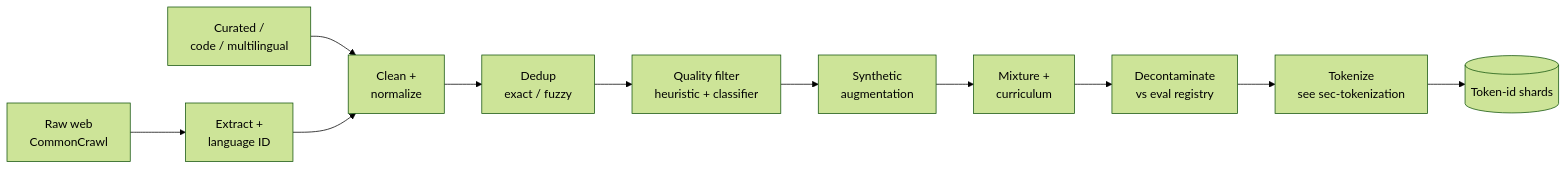
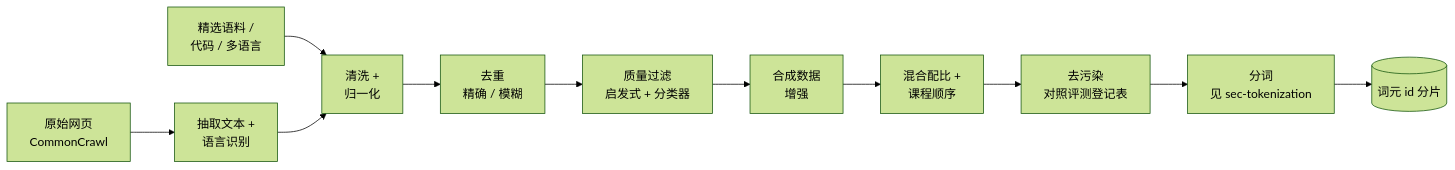
The first of 3 diagrams in zh/foundations/02-data-curation.qmd (latere-ai/ai-as-an-infrastructure), drawn with Mermaid (forest theme) before and after one commit. The commit also changed other lines of this file and 273 other files, not shown here.

Commit message:
docs: localize Chinese diagrams

````diff
--- a/zh/foundations/02-data-curation.qmd
+++ b/zh/foundations/02-data-curation.qmd
@@ -19,15 +19,15 @@
 ```{mermaid}
 %%| label: fig-data-curation-pipeline
 %%| fig-cap: "筛选流水线是一连串逐级收窄的过滤器，最廉价的削减最先进行，最终落到词元 id 分片。每一阶段都是一次可审计的交接。"
 flowchart LR
-  A["Raw web<br/>CommonCrawl"] --> B["Extract +<br/>language ID"]
-  C["Curated /<br/>code / multilingual"] --> D["Clean +<br/>normalize"]
+  A["原始网页<br/>CommonCrawl"] --> B["抽取文本 +<br/>语言识别"]
+  C["精选语料 /<br/>代码 / 多语言"] --> D["清洗 +<br/>归一化"]
   B --> D
-  D --> E["Dedup<br/>exact / fuzzy"]
-  E --> F["Quality filter<br/>heuristic + classifier"]
-  F --> G["Synthetic<br/>augmentation"]
-  G --> H["Mixture +<br/>curriculum"]
-  H --> I["Decontaminate<br/>vs eval registry"]
-  I --> J["Tokenize<br/>see sec-tokenization"]
-  J --> K[("Token-id shards")]
+  D --> E["去重<br/>精确 / 模糊"]
+  E --> F["质量过滤<br/>启发式 + 分类器"]
+  F --> G["合成数据<br/>增强"]
+  G --> H["混合配比 +<br/>课程顺序"]
+  H --> I["去污染<br/>对照评测登记表"]
+  I --> J["分词<br/>见 sec-tokenization"]
+  J --> K[("词元 id 分片")]
 ```
````
